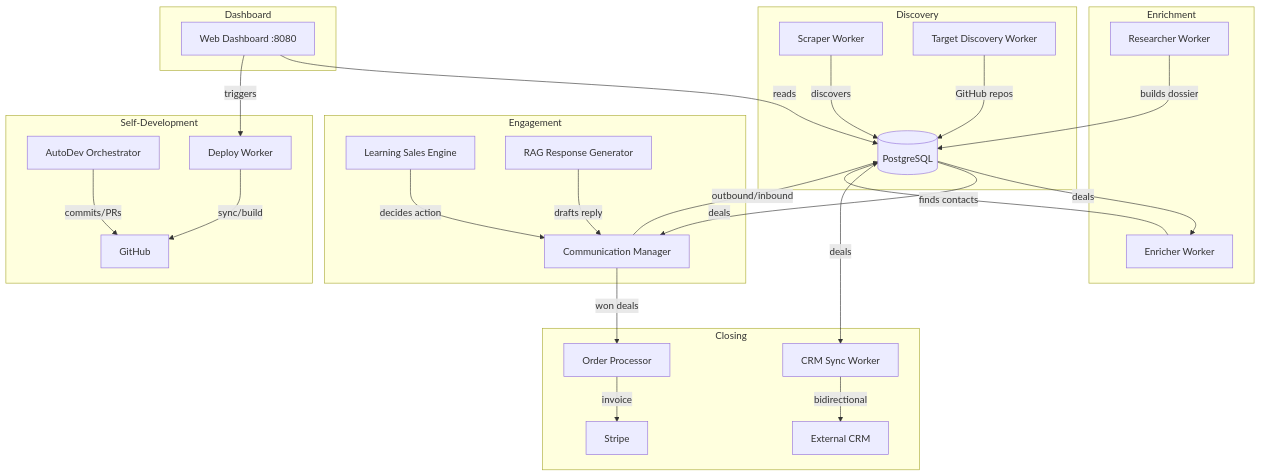
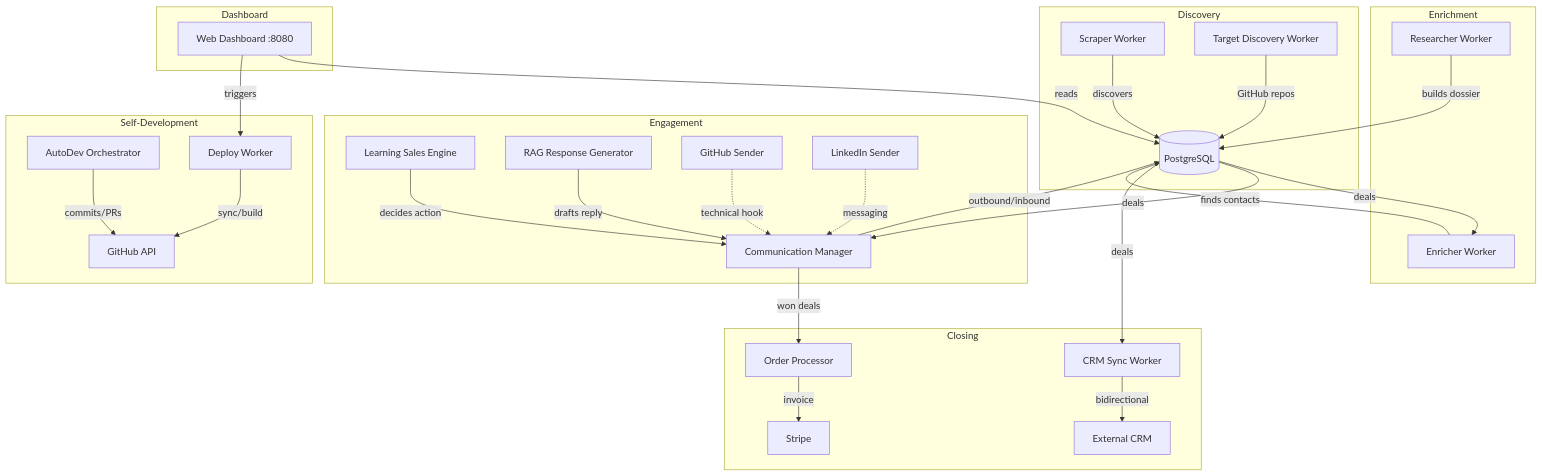
Before and after one commit to robertpelloni/marketing_agent: the diagram in VISION.md, drawn with Mermaid. The commit also changed other lines of this file and 18 other files, not shown here.

````diff
--- a/VISION.md
+++ b/VISION.md
@@ -37,38 +36,40 @@
 ```mermaid
 graph TD
     subgraph Discovery
         S[Scraper Worker] -->|discovers| DB[(PostgreSQL)]
         TDW[Target Discovery Worker] -->|GitHub repos| DB
     end
 
     subgraph Enrichment
         E[Enricher Worker] -->|finds contacts| DB
         R[Researcher Worker] -->|builds dossier| DB
     end
 
     subgraph Engagement
         CM[Communication Manager] -->|outbound/inbound| DB
         LSE[Learning Sales Engine] -->|decides action| CM
         RAG[RAG Response Generator] -->|drafts reply| CM
+        GH[GitHub Sender] -.->|technical hook| CM
+        LI[LinkedIn Sender] -.->|messaging| CM
     end
 
     subgraph Closing
         OP[Order Processor] -->|invoice| STRIPE[Stripe]
         CRM[CRM Sync Worker] -->|bidirectional| CRM_EXT[External CRM]
     end
 
     subgraph Self-Development
-        AD[AutoDev Orchestrator] -->|commits/PRs| GH[GitHub]
-        DEPLOY[Deploy Worker] -->|sync/build| GH
+        AD[AutoDev Orchestrator] -->|commits/PRs| GH_API[GitHub API]
+        DEPLOY[Deploy Worker] -->|sync/build| GH_API
     end
 
     subgraph Dashboard
         WEB[Web Dashboard :8080] -->|reads| DB
         WEB -->|triggers| DEPLOY
     end
 
     DB -->|deals| E
     DB -->|deals| CM
     DB -->|deals| CRM
     CM -->|won deals| OP
 ```
````
